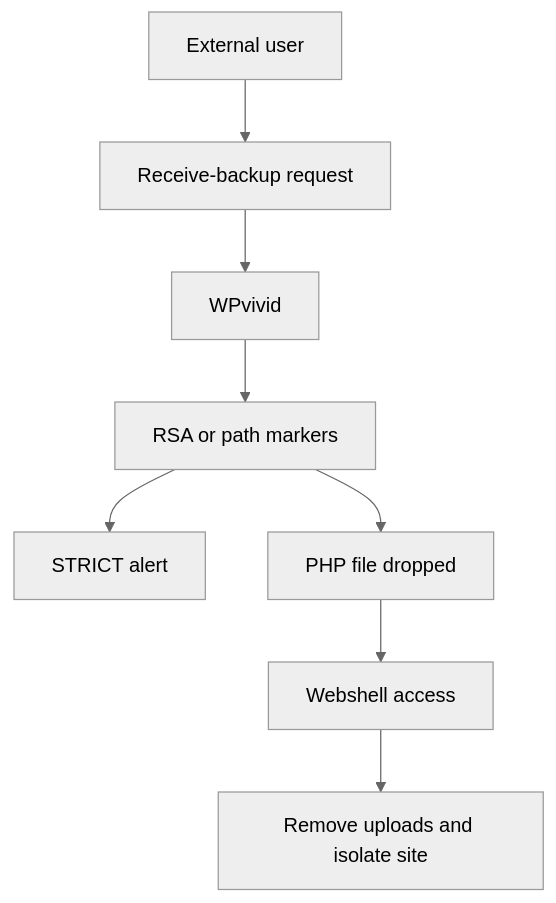
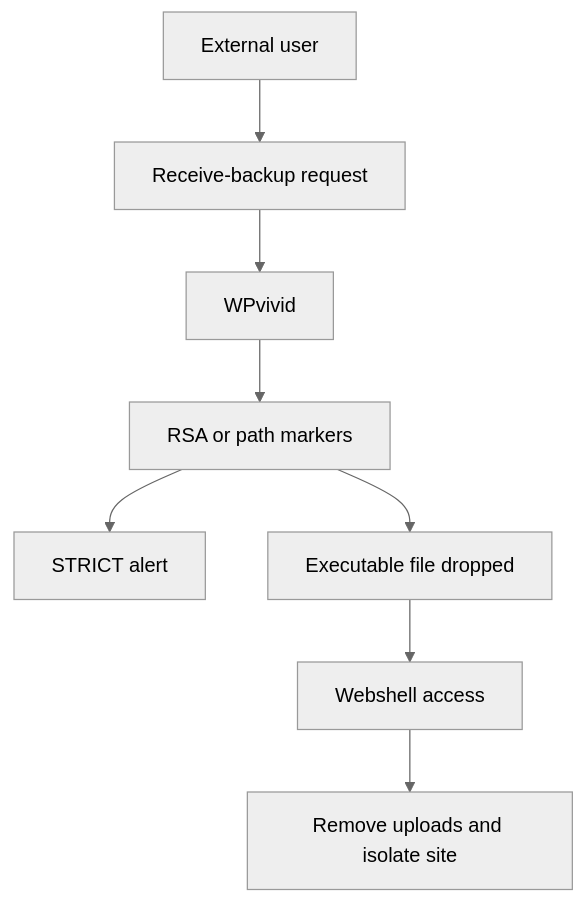
Before and after one commit to Hatchepsoute/sigma-rules: the diagram in CVE-2026-1357_wordpress_WPvivid_Backup_Migration/diagrams/DIAGRAM_CVE_2026_1357_ATTACK_DETECTION_RESPONSE_EN.mmd, drawn with Mermaid (neutral theme). The commit also changed 305 other files, not shown here.

```diff
--- a/CVE-2026-1357_wordpress_WPvivid_Backup_Migration/diagrams/DIAGRAM_CVE_2026_1357_ATTACK_DETECTION_RESPONSE_EN.mmd
+++ b/CVE-2026-1357_wordpress_WPvivid_Backup_Migration/diagrams/DIAGRAM_CVE_2026_1357_ATTACK_DETECTION_RESPONSE_EN.mmd
@@ -1,8 +1,8 @@
 flowchart TD
   A[External user] --> B[Receive-backup request]
   B --> C[WPvivid]
   C --> D[RSA or path markers]
   D --> E[STRICT alert]
-  D --> F[PHP file dropped]
+  D --> F[Executable file dropped]
   F --> G[Webshell access]
   G --> H[Remove uploads and isolate site]
```
